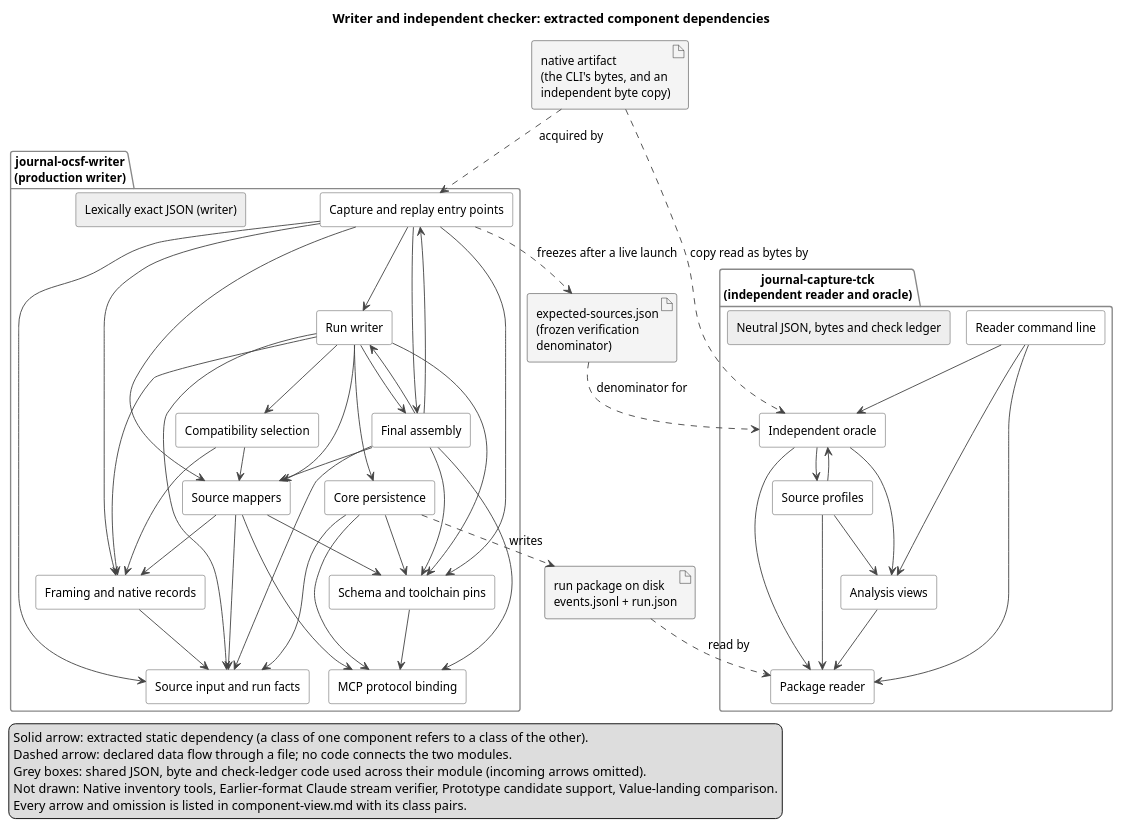
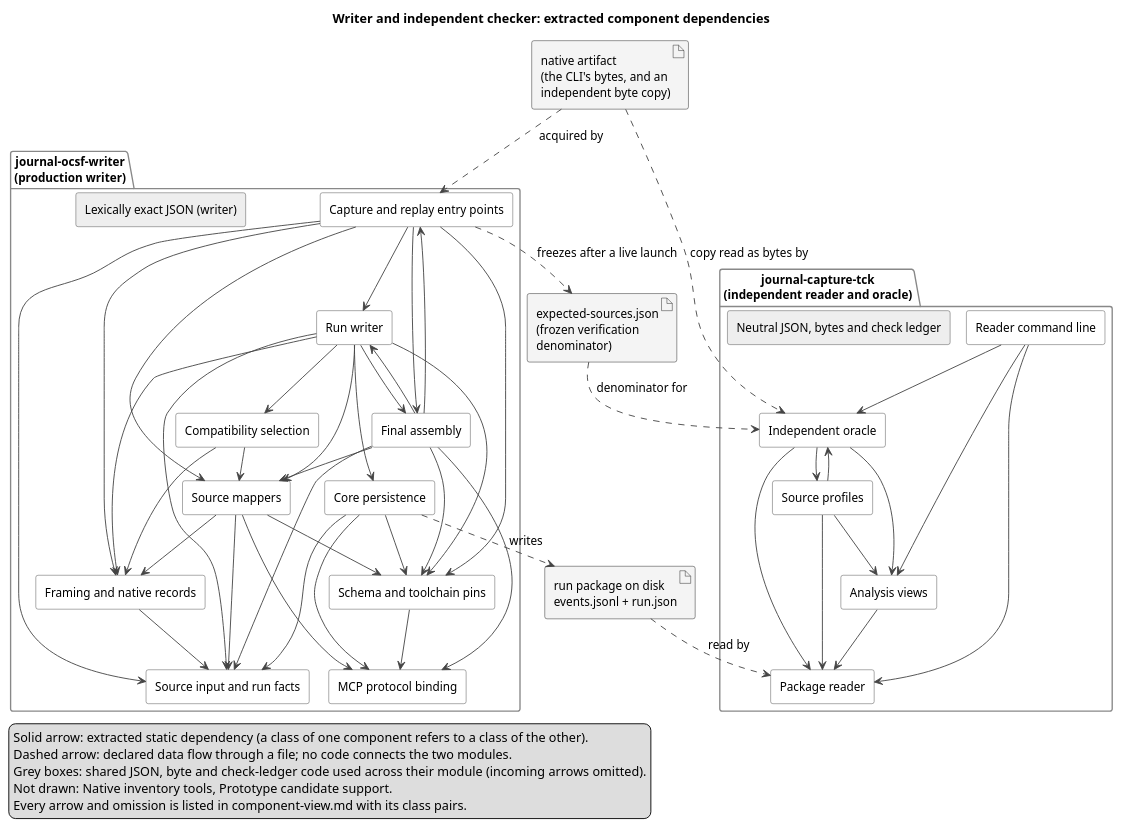
One commit to markpollack/agent-journal changed the diagram in docs/architecture/generated/component-view.puml. Above: the diagram before and after it, drawn with PlantUML. The commit also changed 338 other files, not shown here.

```diff
--- a/docs/architecture/generated/component-view.puml
+++ b/docs/architecture/generated/component-view.puml
@@ -1,97 +1,97 @@
 @startuml
 ' GENERATED by ComponentViewTest from compiled classes (ArchUnit 1.5.0); do not edit. Regenerate with scripts/architecture-docs.sh.
 !pragma layout smetana
 skinparam shadowing false
 skinparam defaultFontName Helvetica
 skinparam defaultFontSize 13
 skinparam componentStyle rectangle
 skinparam ArrowColor #444444
 skinparam ComponentBorderColor #444444
 skinparam ComponentBackgroundColor #FFFFFF
 skinparam ArtifactBackgroundColor #F4F4F4
 skinparam PackageBorderColor #888888
 title Writer and independent checker: extracted component dependencies
 
 artifact "native artifact\n(the CLI's bytes, and an\nindependent byte copy)" as native
 package "journal-ocsf-writer\n(production writer)" {
   [Capture and replay entry points] as capture
   [Run writer] as run_writer
   [Source input and run facts] as run_input
   [Framing and native records] as framing
   [Compatibility selection] as compatibility
   [Source mappers] as mapping
   [Final assembly] as final_assembly
   [MCP protocol binding] as mcp_binding
   [Core persistence] as persistence
   [Schema and toolchain pins] as schema
   [Lexically exact JSON (writer)] as json_writer #EEEEEE
 }
 package "journal-capture-tck\n(independent reader and oracle)" {
   [Package reader] as reader
   [Independent oracle] as oracle
   [Source profiles] as profiles
   [Analysis views] as views
   [Reader command line] as reader_tool
   [Neutral JSON, bytes and check ledger] as neutral #EEEEEE
 }
 artifact "run package on disk\nevents.jsonl + run.json" as package
 artifact "expected-sources.json\n(frozen verification\ndenominator)" as expected
 
 ' extracted: a class of the source component refers to a class of the target component
 capture --> run_writer
 capture --> run_input
 capture --> framing
 capture --> mapping
 capture --> final_assembly
 capture --> schema
 run_writer --> run_input
 run_writer --> framing
 run_writer --> compatibility
 run_writer --> mapping
 run_writer --> final_assembly
 run_writer --> persistence
 run_writer --> schema
 framing --> run_input
 compatibility --> framing
 compatibility --> mapping
 mapping --> run_input
 mapping --> framing
 mapping --> mcp_binding
 mapping --> schema
 final_assembly --> capture
 final_assembly --> run_writer
 final_assembly --> run_input
 final_assembly --> mapping
 final_assembly --> mcp_binding
 final_assembly --> schema
 persistence --> run_input
 persistence --> mcp_binding
 persistence --> schema
 schema --> mcp_binding
 oracle --> reader
 oracle --> profiles
 oracle --> views
 profiles --> reader
 profiles --> oracle
 profiles --> views
 views --> reader
 reader_tool --> reader
 reader_tool --> oracle
 reader_tool --> views
 
 ' declared data flows through files (not bytecode dependencies)
 native ..> capture : acquired by
 persistence ..> package : writes
 package ..> reader : read by
 native ..> oracle : copy read as bytes by
 capture ..> expected : freezes after a live launch
 expected ..> oracle : denominator for
 
 legend bottom left
   Solid arrow: extracted static dependency (a class of one component refers to a class of the other).
   Dashed arrow: declared data flow through a file; no code connects the two modules.
   Grey boxes: shared JSON, byte and check-ledger code used across their module (incoming arrows omitted).
-  Not drawn: Native inventory tools, Earlier-format Claude stream verifier, Prototype candidate support, Value-landing comparison.
+  Not drawn: Native inventory tools, Prototype candidate support.
   Every arrow and omission is listed in component-view.md with its class pairs.
 endlegend
 @enduml
```
